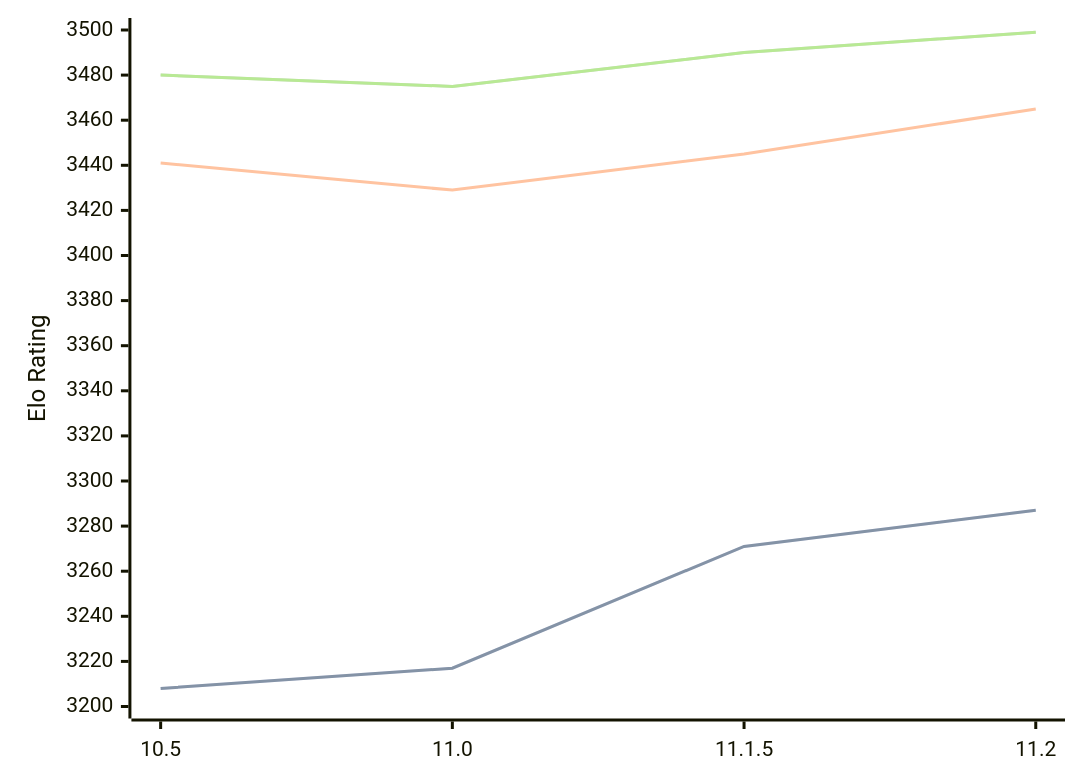
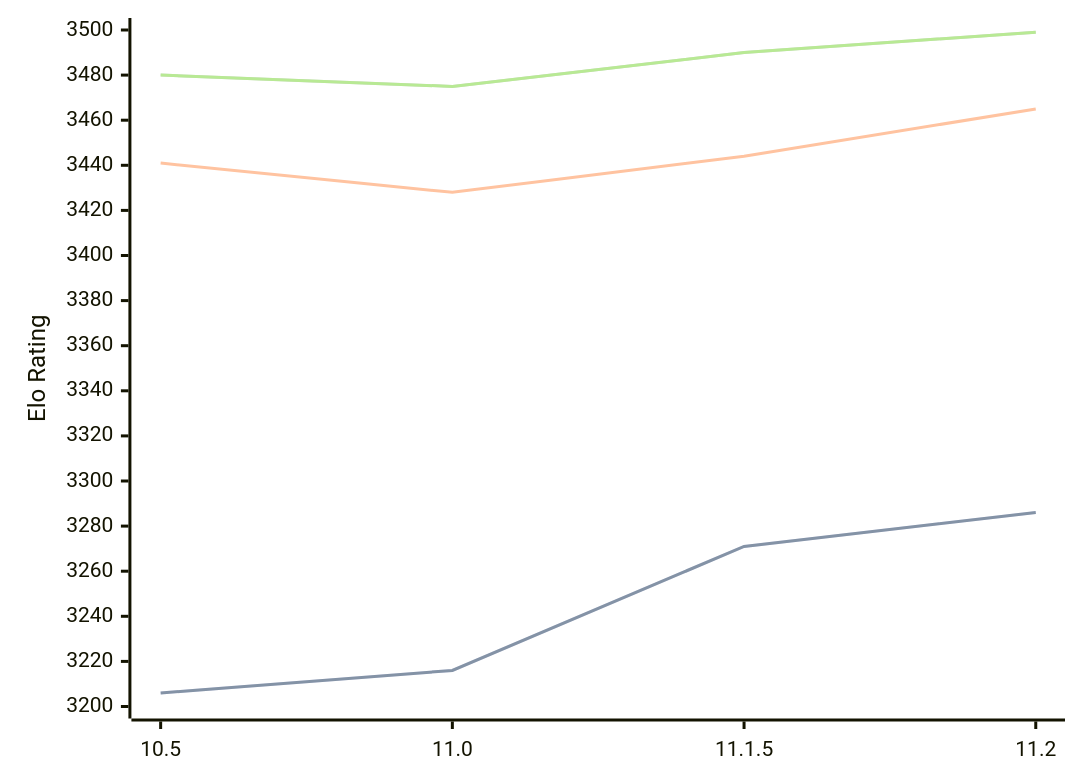
One commit to computer-chess-index/cci changed the first of 3 diagrams in engines/Lizard.md. Above: the diagram before and after it, drawn with Mermaid. The commit also changed other lines of this file, not shown here.

````diff
--- a/engines/Lizard.md
+++ b/engines/Lizard.md
@@ -46,11 +46,11 @@
 ```mermaid
 %%{init: {"theme":"base","themeVariables":{"seriesColors:['#a3a3a3','#222221','#faa371']}}}%%
 xychart-beta
   x-axis ["10.5", "11.0", "11.1.5", "11.2"]
   y-axis "Elo Rating" 3200 --> 3500
-  line "STC (8.0+0.08s)" [3208, 3217, 3271, 3287]
-  line "STC (8.0+0.08s)" [3208, 3217, 3271, 3287]
-  line "LTC (60.0+0.60s)" [3441, 3429, 3445, 3465]
+  line "STC (8.0+0.08s)" [3206, 3216, 3271, 3286]
+  line "STC (8.0+0.08s)" [3206, 3216, 3271, 3286]
+  line "LTC (60.0+0.60s)" [3441, 3428, 3444, 3465]
   line "VLTC (2m24s+1.12s)" [3480, 3475, 3490, 3499]
   line "VLTC (2m24s+1.12s)" [3480, 3475, 3490, 3499]
 ```
````
